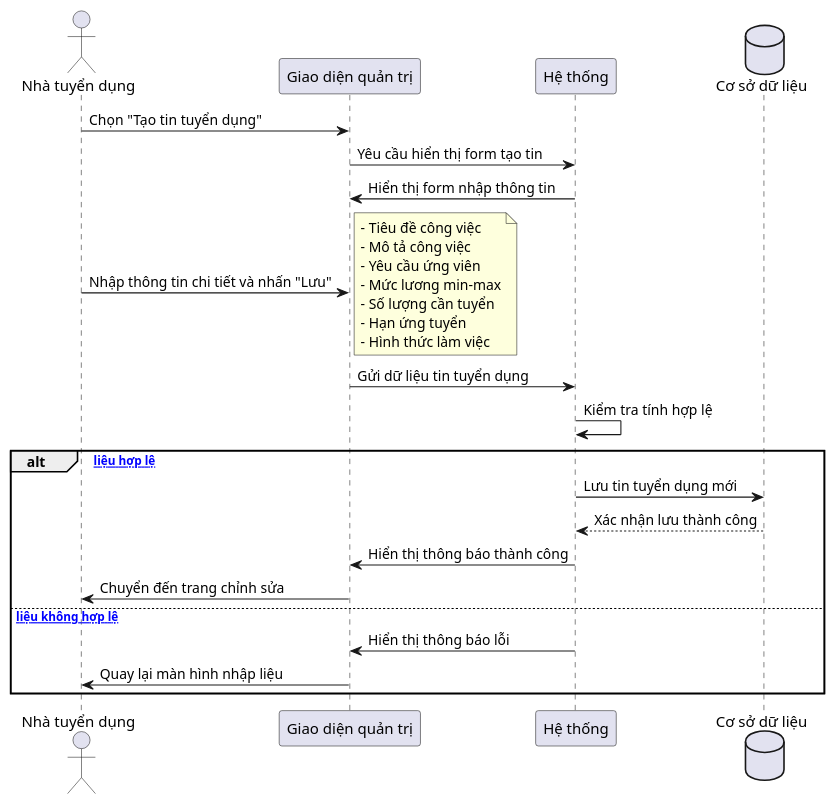
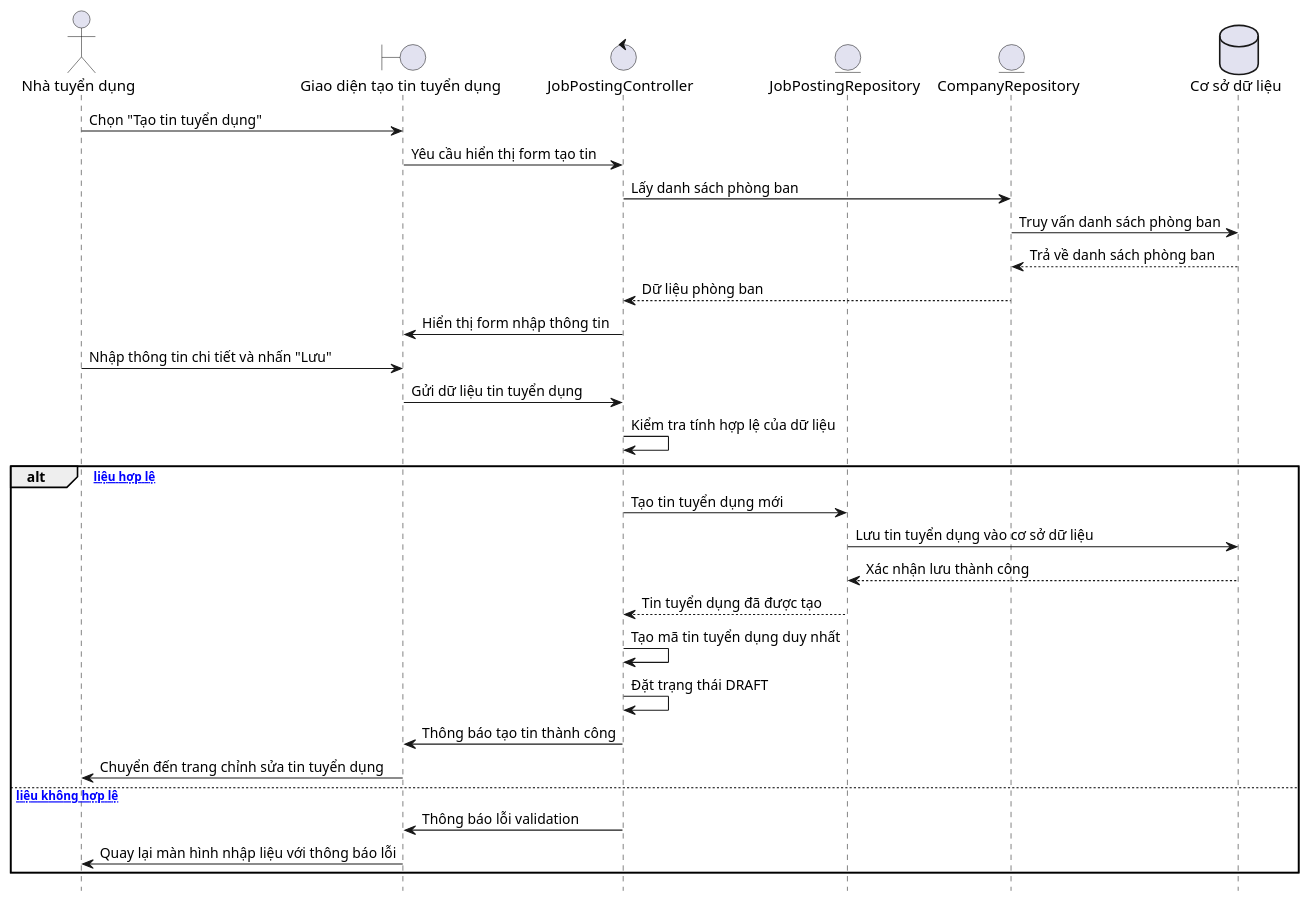
Before and after one commit to felix-253/TechLeet-server: the diagram in sequence/UC-02/UC-02-simple-sequence.wsd, drawn with PlantUML. The commit also changed 20 other files, not shown here.

Commit message:
document: flow screen cv and suggest cv

```diff
--- a/sequence/UC-02/UC-02-simple-sequence.wsd
+++ b/sequence/UC-02/UC-02-simple-sequence.wsd
@@ -1,36 +1,42 @@
 @startuml UC-02: Tạo tin tuyển dụng thủ công
+hide footbox
+skinparam ParticipantPadding 10
+skinparam BoxPadding 5
 
-actor "Nhà tuyển dụng" as HM
-participant "Giao diện quản trị" as FE
-participant "Hệ thống" as System
-database "Cơ sở dữ liệu" as DB
+actor "Nhà tuyển dụng" as HiringManager
+boundary "Giao diện tạo tin tuyển dụng" as JobPostingUI
+control "JobPostingController" as JobPostingController
+entity "JobPostingRepository" as JobPostingRepo
+entity "CompanyRepository" as CompanyRepo
+database "Cơ sở dữ liệu" as Database
 
-HM -> FE: Chọn "Tạo tin tuyển dụng"
-FE -> System: Yêu cầu hiển thị form tạo tin
-System -> FE: Hiển thị form nhập thông tin
+HiringManager -> JobPostingUI: Chọn "Tạo tin tuyển dụng"
+JobPostingUI -> JobPostingController: Yêu cầu hiển thị form tạo tin
+JobPostingController -> CompanyRepo: Lấy danh sách phòng ban
+CompanyRepo -> Database: Truy vấn danh sách phòng ban
+Database --> CompanyRepo: Trả về danh sách phòng ban
+CompanyRepo --> JobPostingController: Dữ liệu phòng ban
+JobPostingController -> JobPostingUI: Hiển thị form nhập thông tin
 
-HM -> FE: Nhập thông tin chi tiết và nhấn "Lưu"
-note right
-  - Tiêu đề công việc
-  - Mô tả công việc
-  - Yêu cầu ứng viên
-  - Mức lương min-max
-  - Số lượng cần tuyển
-  - Hạn ứng tuyển
-  - Hình thức làm việc
-end note
+HiringManager -> JobPostingUI: Nhập thông tin chi tiết và nhấn "Lưu"
 
-FE -> System: Gửi dữ liệu tin tuyển dụng
-System -> System: Kiểm tra tính hợp lệ
+JobPostingUI -> JobPostingController: Gửi dữ liệu tin tuyển dụng
+JobPostingController -> JobPostingController: Kiểm tra tính hợp lệ của dữ liệu
 
 alt [Dữ liệu hợp lệ]
-    System -> DB: Lưu tin tuyển dụng mới
-    DB --> System: Xác nhận lưu thành công
-    System -> FE: Hiển thị thông báo thành công
-    FE -> HM: Chuyển đến trang chỉnh sửa
+    JobPostingController -> JobPostingRepo: Tạo tin tuyển dụng mới
+    JobPostingRepo -> Database: Lưu tin tuyển dụng vào cơ sở dữ liệu
+    Database --> JobPostingRepo: Xác nhận lưu thành công
+    JobPostingRepo --> JobPostingController: Tin tuyển dụng đã được tạo
+    
+    JobPostingController -> JobPostingController: Tạo mã tin tuyển dụng duy nhất
+    JobPostingController -> JobPostingController: Đặt trạng thái DRAFT
+    
+    JobPostingController -> JobPostingUI: Thông báo tạo tin thành công
+    JobPostingUI -> HiringManager: Chuyển đến trang chỉnh sửa tin tuyển dụng
 else [Dữ liệu không hợp lệ]
-    System -> FE: Hiển thị thông báo lỗi
-    FE -> HM: Quay lại màn hình nhập liệu
+    JobPostingController -> JobPostingUI: Thông báo lỗi validation
+    JobPostingUI -> HiringManager: Quay lại màn hình nhập liệu với thông báo lỗi
 end
 
 @enduml
```
